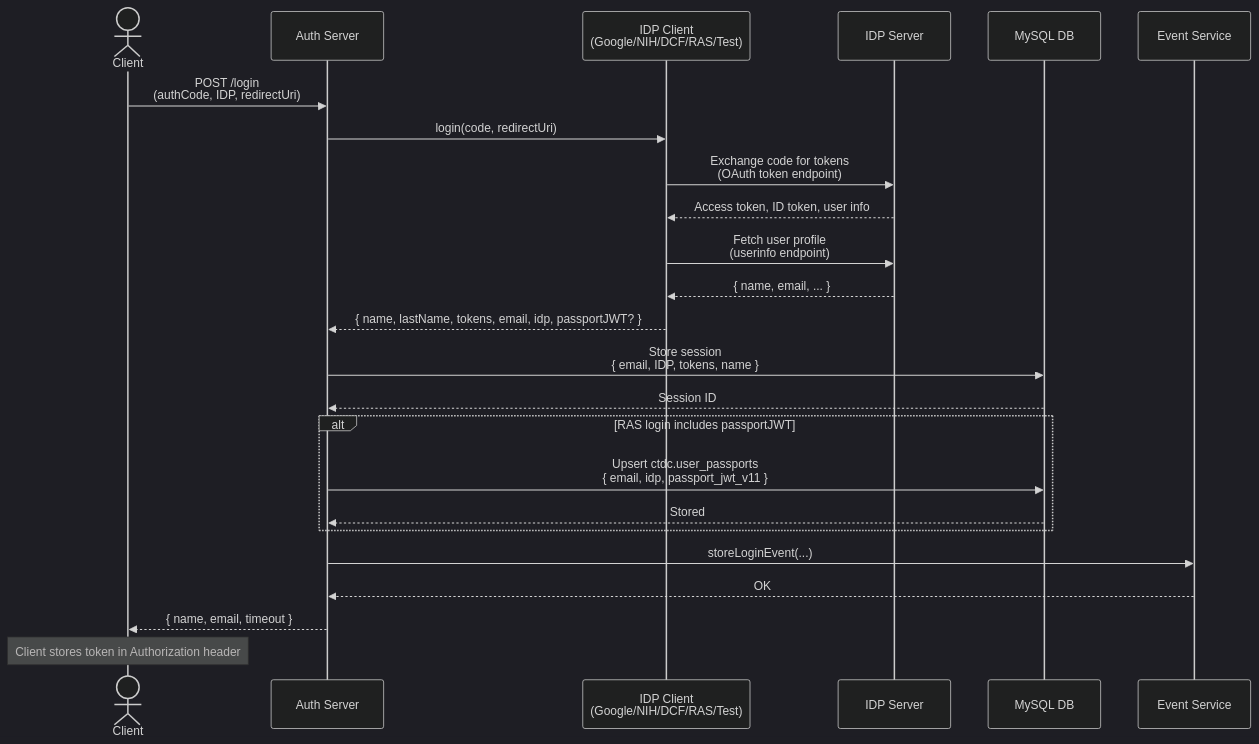
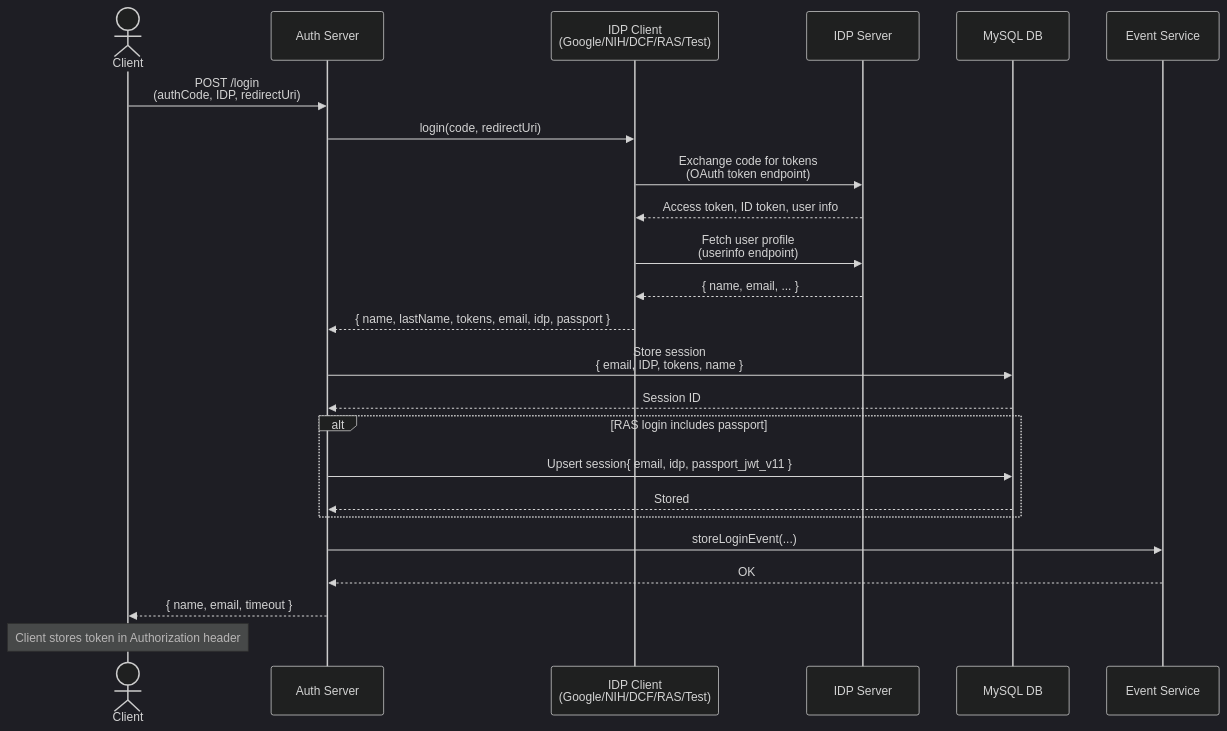
Before and after one commit to CBIIT/crdc-ctdc-authn: the second of 8 diagrams in docs/architecture/runtime-flows.md, drawn with Mermaid (dark theme). The commit also changed other lines of this file and 60 other files, not shown here.

````diff
--- a/docs/architecture/runtime-flows.md
+++ b/docs/architecture/runtime-flows.md
@@ -38,33 +38,33 @@
 ```mermaid
 sequenceDiagram
     actor Client
     participant AuthServer as Auth Server
     participant IDP as IDP Client<br/>(Google/NIH/DCF/RAS/Test)
     participant IDPServer as IDP Server
     participant MySQL as MySQL DB
     participant EventService as Event Service
     
     Client->>AuthServer: POST /login<br/>(authCode, IDP, redirectUri)
     
     AuthServer->>IDP: login(code, redirectUri)
     IDP->>IDPServer: Exchange code for tokens<br/>(OAuth token endpoint)
     IDPServer-->>IDP: Access token, ID token, user info
     IDP->>IDPServer: Fetch user profile<br/>(userinfo endpoint)
     IDPServer-->>IDP: { name, email, ... }
-    IDP-->>AuthServer: { name, lastName, tokens, email, idp, passportJWT? }
+    IDP-->>AuthServer: { name, lastName, tokens, email, idp, passport }
     
     AuthServer->>MySQL: Store session<br/>{ email, IDP, tokens, name }
     MySQL-->>AuthServer: Session ID
 
-    alt RAS login includes passportJWT
-        AuthServer->>MySQL: Upsert ctdc.user_passports<br/>{ email, idp, passport_jwt_v11 }
+    alt RAS login includes passport
+        AuthServer->>MySQL: Upsert session{ email, idp, passport_jwt_v11 }
         MySQL-->>AuthServer: Stored
     end
     
     AuthServer->>EventService: storeLoginEvent(...)
     EventService-->>AuthServer: OK
     
     AuthServer-->>Client: { name, email, timeout }
     
     Note over Client: Client stores token in Authorization header
 ```
````
